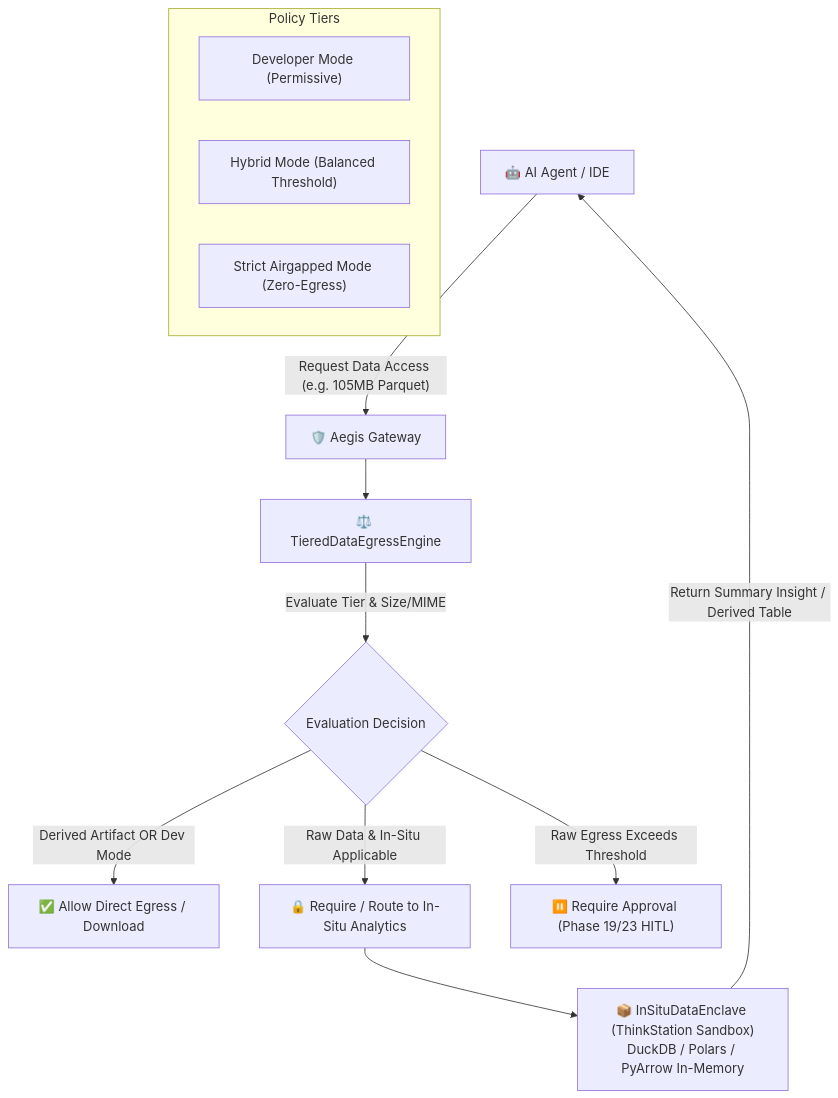
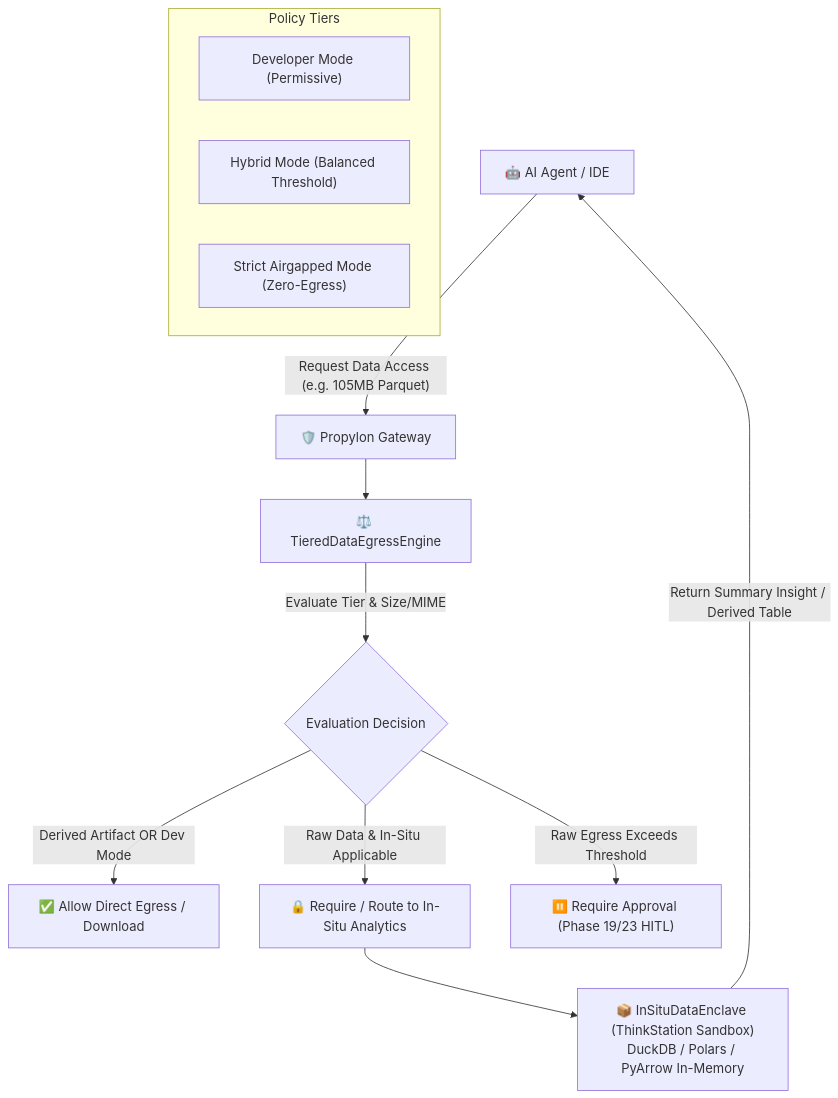
The diagram in docs/roadmap/22_PHASE_22_CONFIGURABLE_POLICY_TIERS_AND_IN_SITU_DATA_ENCLAVE.md (ihkaru/aegis-gateway), drawn with Mermaid before and after one commit. The commit also changed other lines of this file and 253 other files, not shown here.

Commit message:
chore(rebrand): rename project from aegis to propylon across entire codebase

````diff
--- a/docs/roadmap/22_PHASE_22_CONFIGURABLE_POLICY_TIERS_AND_IN_SITU_DATA_ENCLAVE.md
+++ b/docs/roadmap/22_PHASE_22_CONFIGURABLE_POLICY_TIERS_AND_IN_SITU_DATA_ENCLAVE.md
@@ -23,20 +23,20 @@
 ```mermaid
 flowchart TD
-    Agent["🤖 AI Agent / IDE"] -->|"Request Data Access (e.g. 105MB Parquet)"| GW["🛡️ Aegis Gateway"]
+    Agent["🤖 AI Agent / IDE"] -->|"Request Data Access (e.g. 105MB Parquet)"| GW["🛡️ Propylon Gateway"]
     GW --> Engine["⚖️ TieredDataEgressEngine"]
     
     subgraph Policy Tiers
         Dev["Developer Mode (Permissive)"]
         Hybrid["Hybrid Mode (Balanced Threshold)"]
         Airgap["Strict Airgapped Mode (Zero-Egress)"]
     end
     
     Engine -->|"Evaluate Tier & Size/MIME"| Decision{"Evaluation Decision"}
     
     Decision -->|"Derived Artifact OR Dev Mode"| Allow["✅ Allow Direct Egress / Download"]
     Decision -->|"Raw Data & In-Situ Applicable"| InSitu["🔒 Require / Route to In-Situ Analytics"]
     Decision -->|"Raw Egress Exceeds Threshold"| Suspend["⏸️ Require Approval (Phase 19/23 HITL)"]
     
     InSitu --> Enclave["📦 InSituDataEnclave (ThinkStation Sandbox)\nDuckDB / Polars / PyArrow In-Memory"]
     Enclave -->|"Return Summary Insight / Derived Table"| Agent
 ```
````
